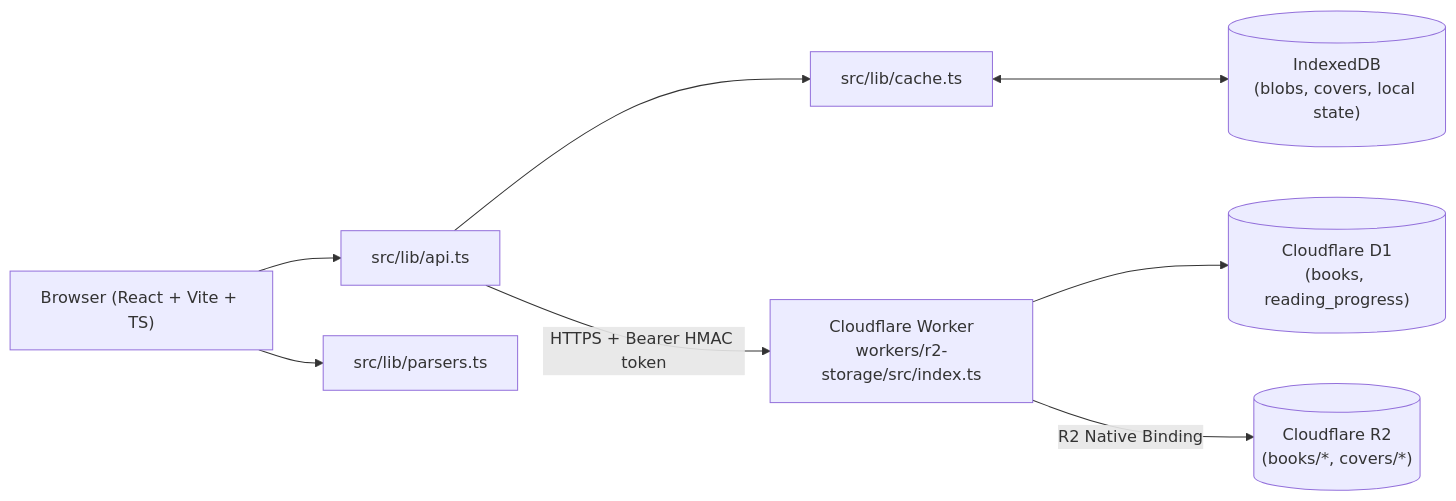
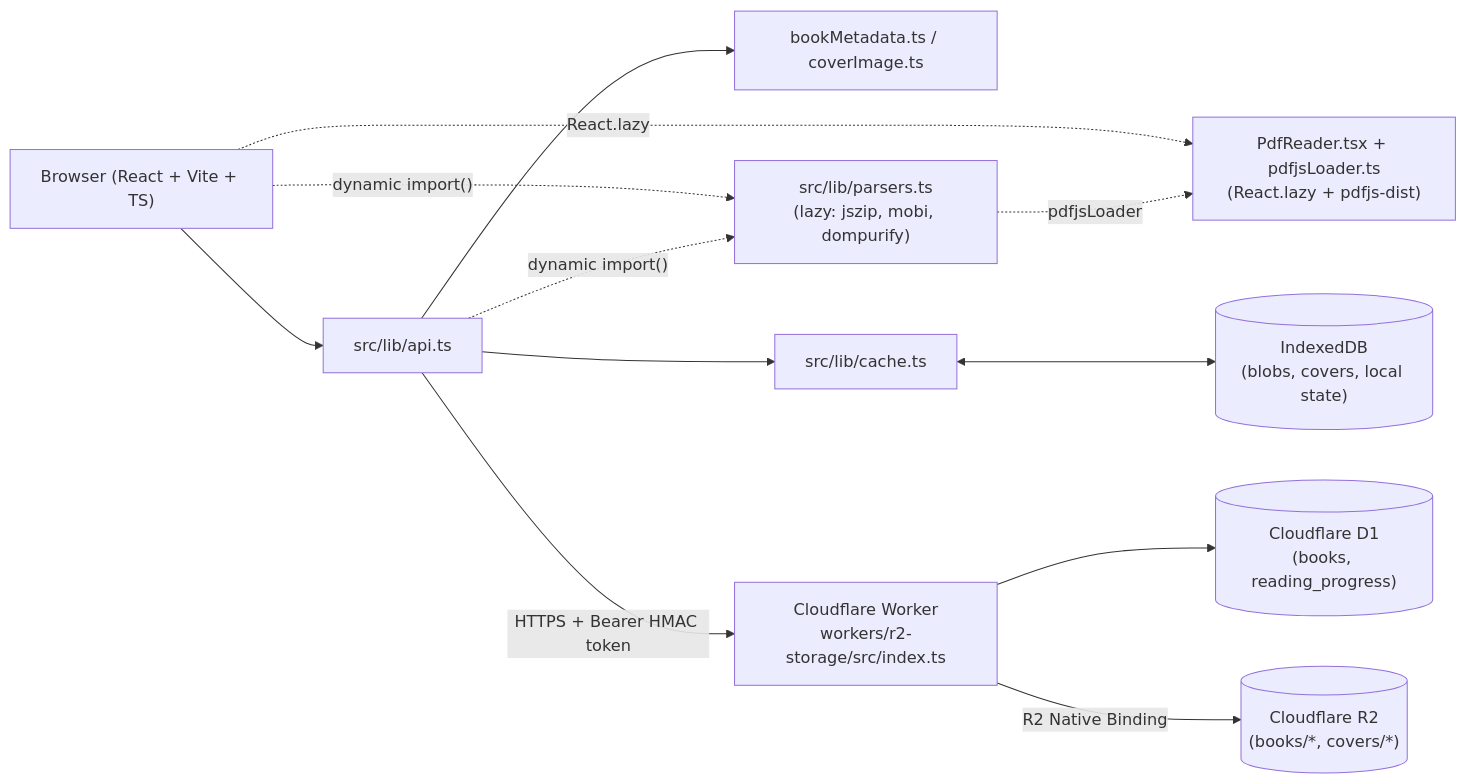
The diagram in docs/ARCHITECTURE.md (ofuthentl/reading-web), drawn with Mermaid before and after one commit. The commit also changed other lines of this file and 2 other files, not shown here.

Commit message:
docs: record final bundle measurements and sync architecture for code-splitting

````diff
--- a/docs/ARCHITECTURE.md
+++ b/docs/ARCHITECTURE.md
@@ -5,19 +5,25 @@
 ```mermaid
 flowchart LR
   Browser["Browser (React + Vite + TS)"]
+  Meta["bookMetadata.ts / coverImage.ts"]
   API["src/lib/api.ts"]
-  Parsers["src/lib/parsers.ts"]
+  Parsers["src/lib/parsers.ts\n(lazy: jszip, mobi, dompurify)"]
+  PdfLazy["PdfReader.tsx + pdfjsLoader.ts\n(React.lazy + pdfjs-dist)"]
   Cache["src/lib/cache.ts"]
   IDB[("IndexedDB\n(blobs, covers, local state)")]
   Worker["Cloudflare Worker\nworkers/r2-storage/src/index.ts"]
   D1[("Cloudflare D1\n(books, reading_progress)")]
   R2[("Cloudflare R2\n(books/*, covers/*)")]
 
   Browser --> API
-  Browser --> Parsers
+  API --> Meta
+  Browser -. "dynamic import()" .-> Parsers
+  API -. "dynamic import()" .-> Parsers
+  Browser -. "React.lazy" .-> PdfLazy
+  Parsers -. "pdfjsLoader" .-> PdfLazy
   API --> Cache
   Cache <--> IDB
   API -- "HTTPS + Bearer HMAC token" --> Worker
   Worker --> D1
   Worker -- "R2 Native Binding" --> R2
 ```
````
